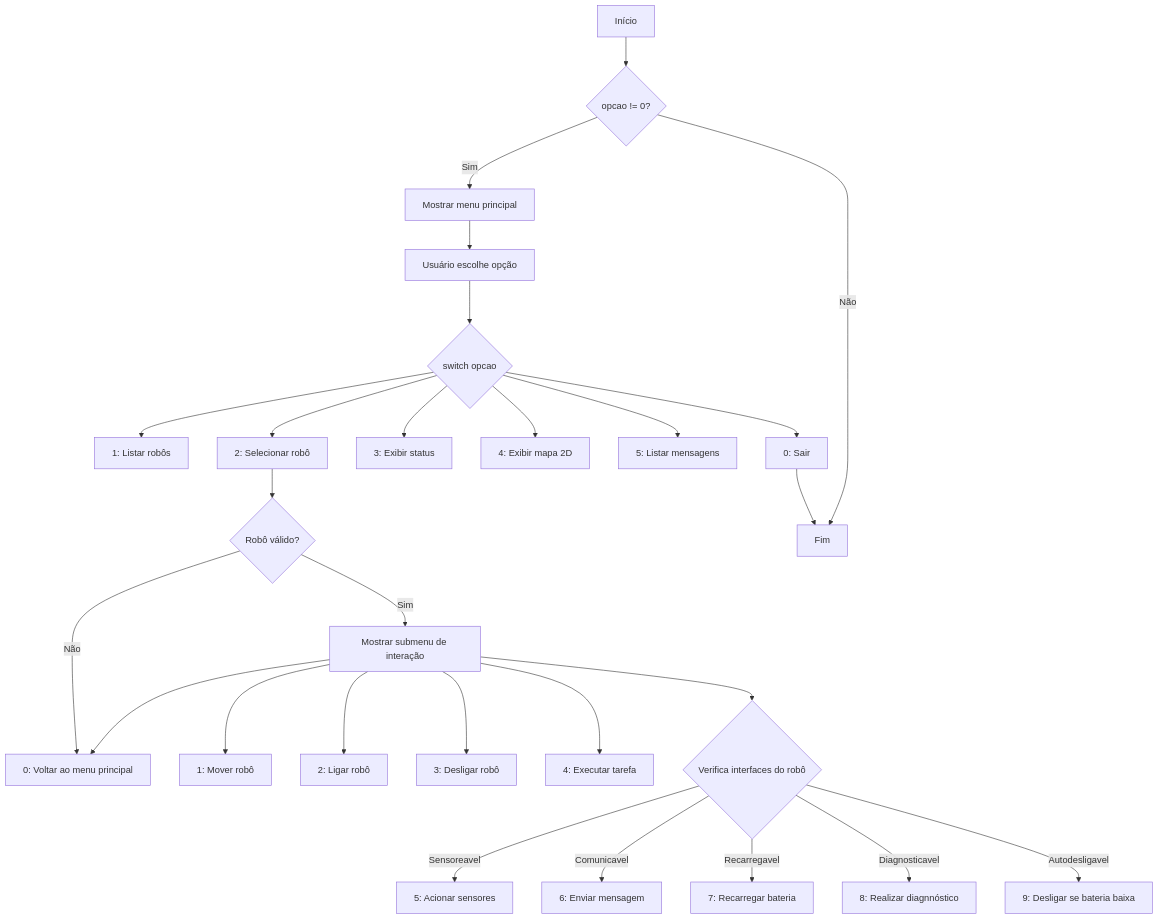
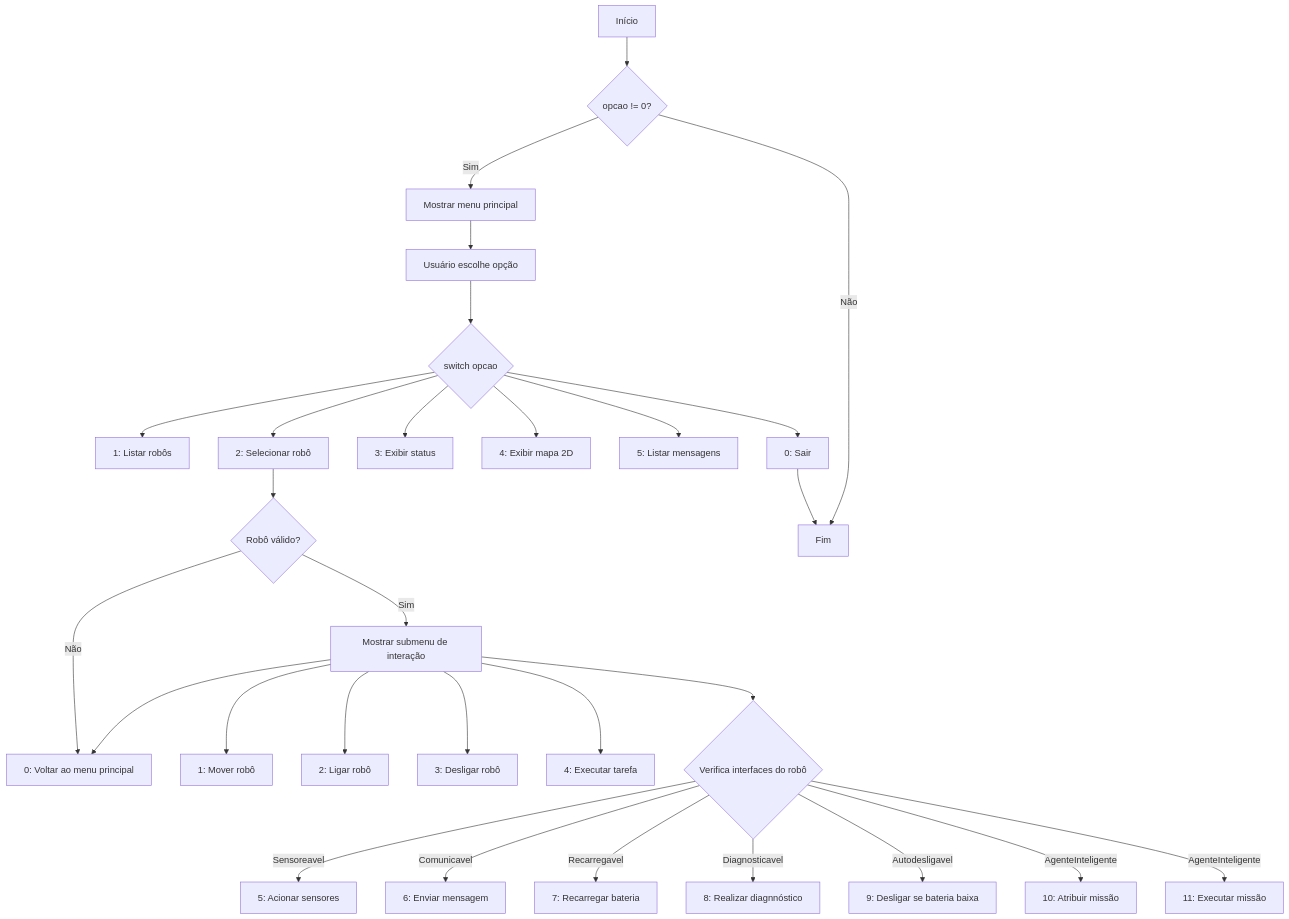
Before and after one commit to dscnaves/MC322-POO: the first of 2 diagrams in lab05/README.md, drawn with Mermaid. The commit also changed other lines of this file, not shown here.

````diff
--- a/lab05/README.md
+++ b/lab05/README.md
@@ -48,38 +44,41 @@
 ```mermaid
 
 flowchart TD
     A[Início] --> B{opcao != 0?}
     B -->|Sim| C[Mostrar menu principal]
     C --> D[Usuário escolhe opção]
     D --> E{switch opcao}
 
     E --> E1[1: Listar robôs]
     E --> E2[2: Selecionar robô]
     E --> E3[3: Exibir status]
     E --> E4[4: Exibir mapa 2D]
     E --> E5[5: Listar mensagens]
     E --> E0[0: Sair]
 
     E2 --> F{Robô válido?}
     F -->|Sim| G[Mostrar submenu de interação]
     F -->|Não| G0[Exibir erro]
     
     G --> G1[1: Mover robô]
     G --> G2[2: Ligar robô]
     G --> G3[3: Desligar robô]
     G --> G4[4: Executar tarefa]
 
     G --> H{Verifica interfaces do robô}
     
     H -->|Sensoreavel| G5[5: Acionar sensores]
     H -->|Comunicavel| G6[6: Enviar mensagem]
     H -->|Recarregavel| G7[7: Recarregar bateria]
     H -->|Diagnosticavel| G8[8: Realizar diagnnóstico]
     H -->|Autodesligavel| G9[9: Desligar se bateria baixa]
+    H -->|AgenteInteligente| G10[10: Atribuir missão]
+    H -->|AgenteInteligente| G11[11: Executar missão]
+
 
     G --> G0[0: Voltar ao menu principal]
 
     E0 --> Z[Fim]
     B -->|Não| Z
 
 ```
````
